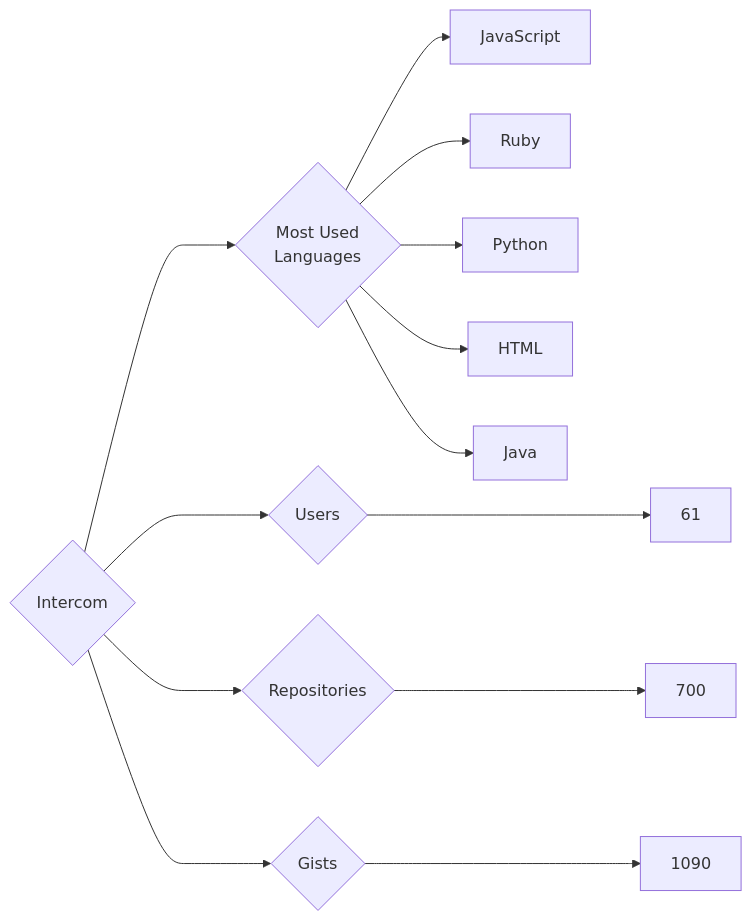
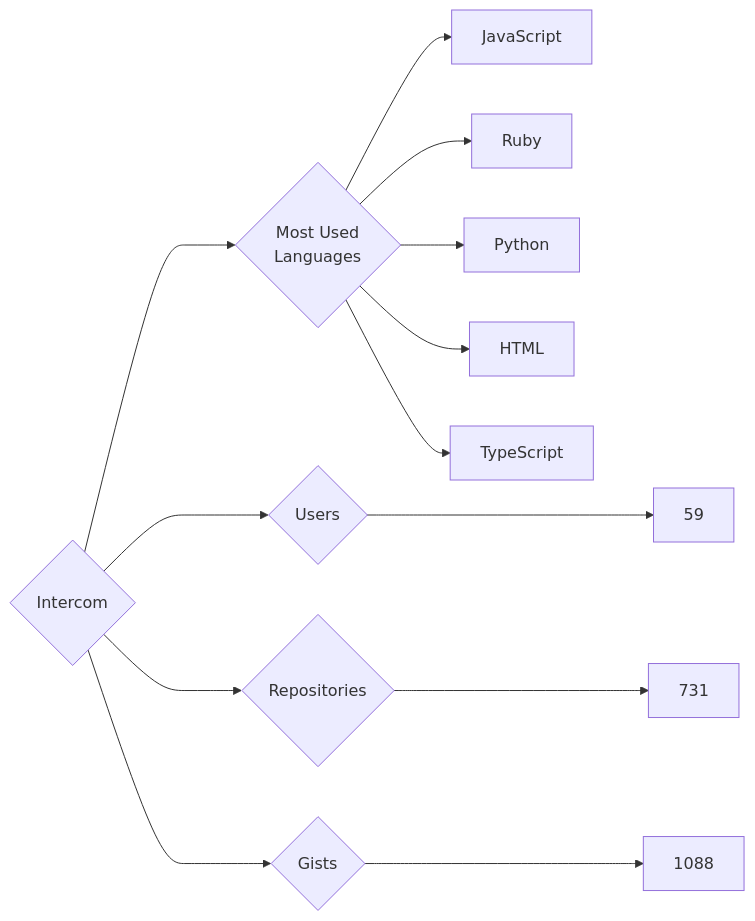
One commit to trickest/insiders changed the diagram in targets/Intercom/README.md. Above: the diagram before and after it, drawn with Mermaid. The commit also changed 891 other files, not shown here.

````diff
--- a/targets/Intercom/README.md
+++ b/targets/Intercom/README.md
@@ -3,13 +3,13 @@
 ```mermaid
 graph LR
 COMPANY_NAME{Intercom}
-COMPANY_NAME ---> U{Users} ---> UN[61]
-COMPANY_NAME ---> R{Repositories} ---> RN[700]
-COMPANY_NAME ---> G{Gists} ---> GN[1090]
+COMPANY_NAME ---> U{Users} ---> UN[59]
+COMPANY_NAME ---> R{Repositories} ---> RN[731]
+COMPANY_NAME ---> G{Gists} ---> GN[1088]
 COMPANY_NAME ---> ML{Most Used<br>Languages}
 ML --> JavaScript[JavaScript]
 ML --> Ruby[Ruby]
 ML --> Python[Python]
 ML --> HTML[HTML]
-ML --> Java[Java]
+ML --> TypeScript[TypeScript]
 ```
````
